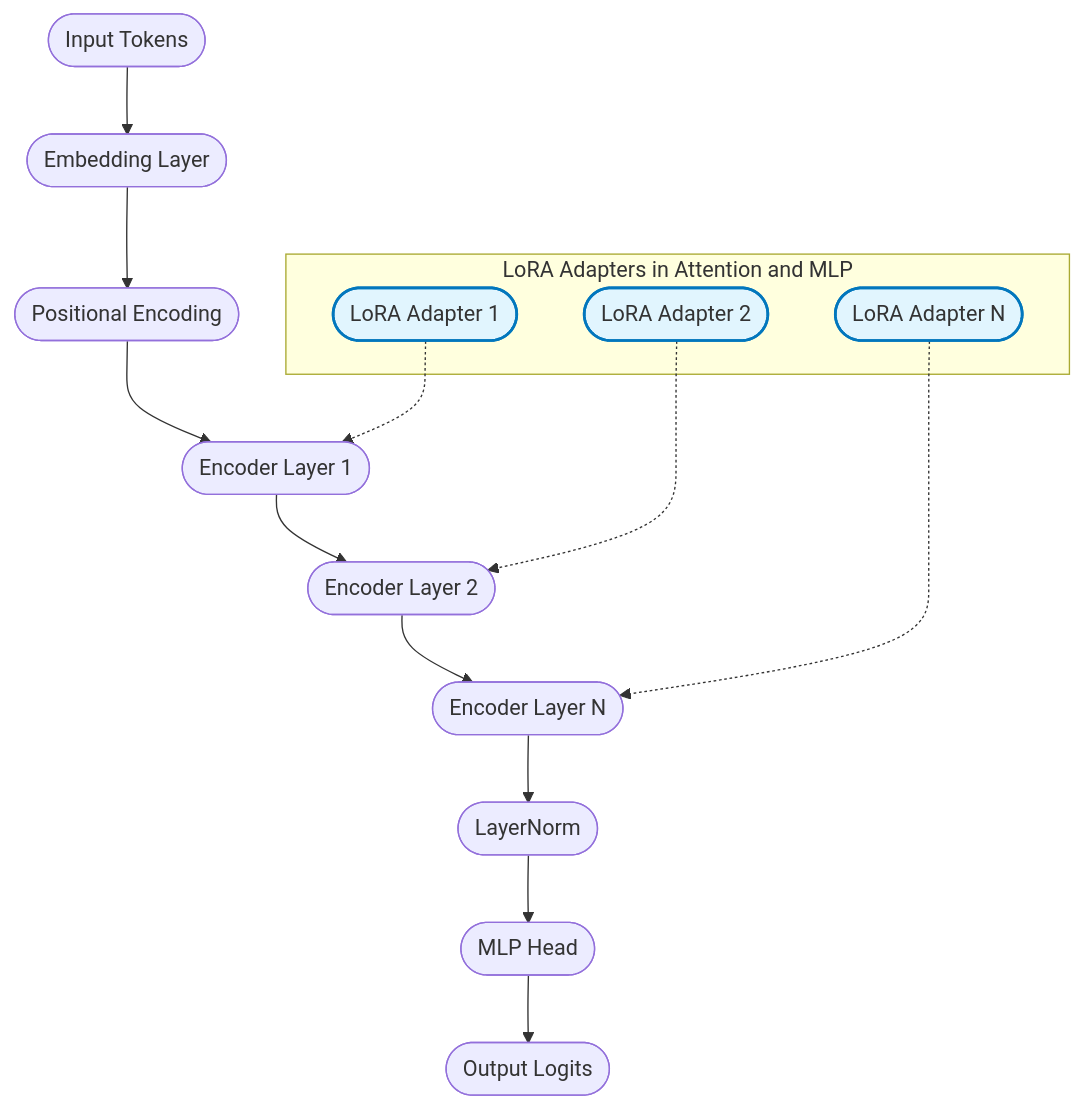
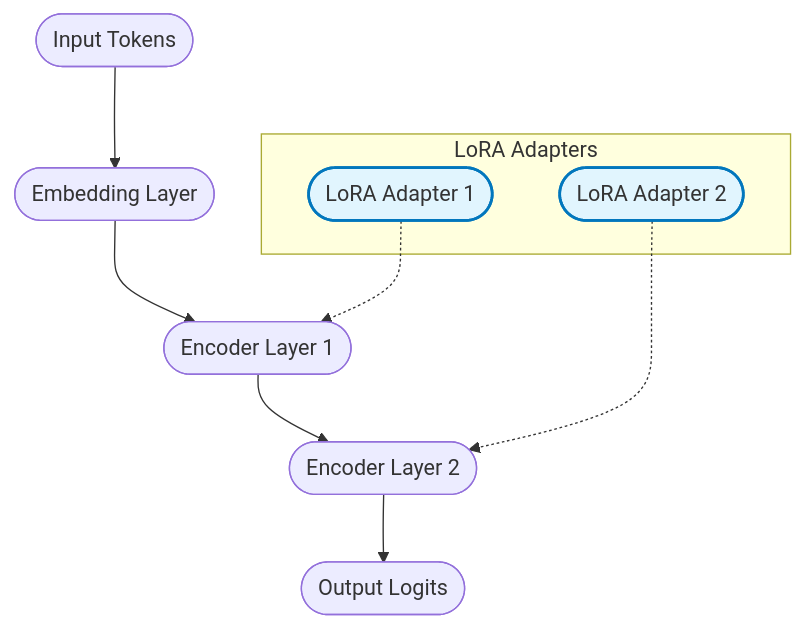
The diagram in README.md (langtrain-ai/langtune), drawn with Mermaid before and after one commit. The commit also changed other lines of this file and 6 other files, not shown here.

````diff
--- a/README.md
+++ b/README.md
@@ -132,27 +115,16 @@
 ```mermaid
----
-config:
-  layout: dagre
----
 flowchart TD
- subgraph LoRA_Adapters["LoRA Adapters in Attention and MLP"]
+ subgraph LoRA_Adapters["LoRA Adapters"]
         LA1(["LoRA Adapter 1"])
         LA2(["LoRA Adapter 2"])
-        LA3(["LoRA Adapter N"])
   end
     A(["Input Tokens"]) --> B(["Embedding Layer"])
-    B --> C(["Positional Encoding"])
-    C --> D1(["Encoder Layer 1"])
+    B --> D1(["Encoder Layer 1"])
     D1 --> D2(["Encoder Layer 2"])
-    D2 --> D3(["Encoder Layer N"])
-    D3 --> E(["LayerNorm"])
-    E --> F(["MLP Head"])
-    F --> G(["Output Logits"])
     LA1 -.-> D1
     LA2 -.-> D2
-    LA3 -.-> D3
+    D2 --> F(["Output Logits"])
      LA1:::loraStyle
      LA2:::loraStyle
-     LA3:::loraStyle
     classDef loraStyle fill:#e1f5fe,stroke:#0277bd,stroke-width:2px
 ```
````
